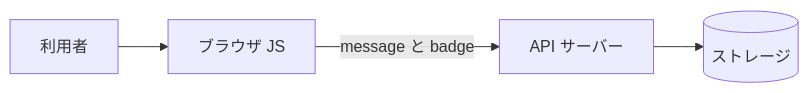
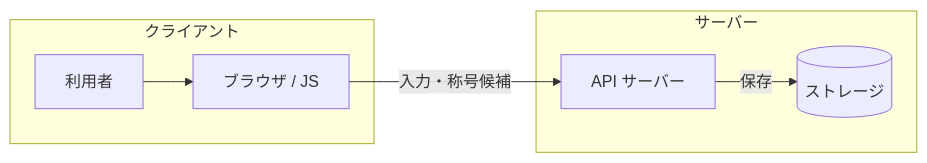
Before and after one commit to runceel/github-copilot-app-presentation: the first of 2 diagrams in nancopa-2nd-app.md, drawn with Mermaid. The commit also changed other lines of this file, not shown here.

````diff
--- a/nancopa-2nd-app.md
+++ b/nancopa-2nd-app.md
@@ -53,6 +51,16 @@
 ```mermaid
 flowchart LR
-    U[利用者] --> B[ブラウザ JS]
-    B -->|message と badge| API[API サーバー]
-    API --> DB[(ストレージ)]
+    subgraph Client[クライアント]
+        U[利用者]
+        B[ブラウザ / JS]
+    end
+
+    subgraph Server[サーバー]
+        API[API サーバー]
+        DB[(ストレージ)]
+    end
+
+    U --> B
+    B -->|入力・称号候補| API
+    API -->|保存| DB
 ```
````
